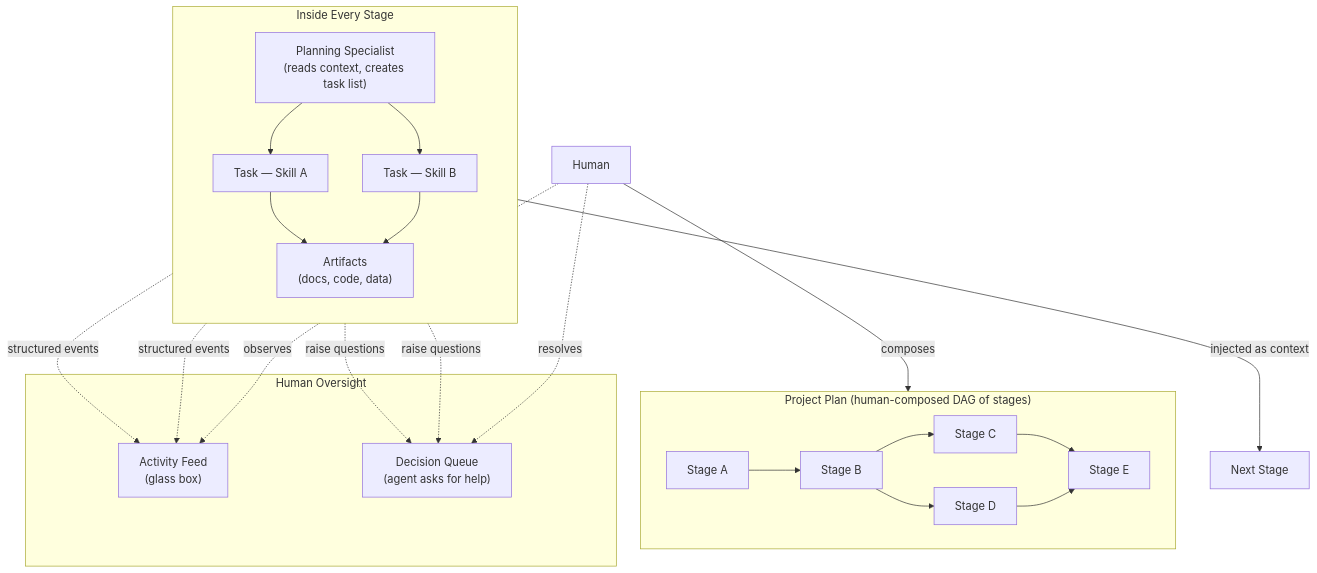
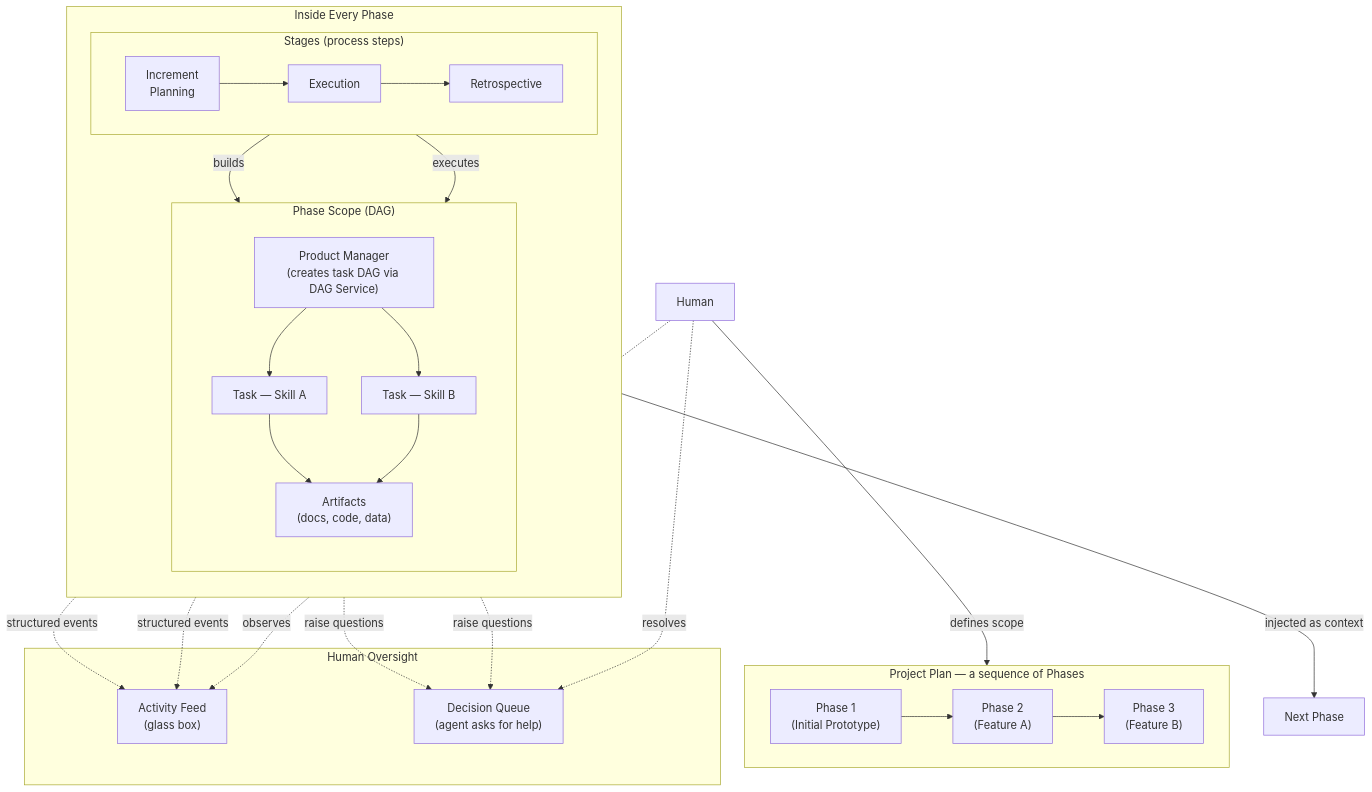
Before and after one commit to grant-traynor/bp6: the diagram in doc-POE/Concept.md, drawn with Mermaid. The commit also changed other lines of this file and 3 other files, not shown here.

````diff
--- a/doc-POE/Concept.md
+++ b/doc-POE/Concept.md
@@ -11,32 +11,39 @@
 ```mermaid
 graph TB
-    Human["Human"] -->|"composes"| Plan
+    Human["Human"] -->|"defines scope"| Plan
 
-    subgraph Plan["Project Plan (human-composed DAG of stages)"]
+    subgraph Plan["Project Plan — a sequence of Phases"]
         direction LR
-        SA["Stage A"] --> SB["Stage B"]
-        SB --> SC["Stage C"]
-        SB --> SD["Stage D"]
-        SC & SD --> SE["Stage E"]
+        PA["Phase 1\n(Initial Prototype)"] --> PB["Phase 2\n(Feature A)"]
+        PB --> PC["Phase 3\n(Feature B)"]
     end
 
-    subgraph Stage["Inside Every Stage"]
+    subgraph Phase["Inside Every Phase"]
         direction TB
-        Planner["Planning Specialist\n(reads context, creates task list)"]
-        Planner --> T1["Task — Skill A"]
-        Planner --> T2["Task — Skill B"]
-        T1 & T2 --> Art["Artifacts\n(docs, code, data)"]
+        subgraph Stages["Stages (process steps)"]
+            direction LR
+            S1["Increment\nPlanning"] --> S2["Execution"] --> S3["Retrospective"]
+        end
+        subgraph WBS["Phase Scope (DAG)"]
+            direction TB
+            Planner["Product Manager\n(creates task DAG via DAG Service)"]
+            Planner --> T1["Task — Skill A"]
+            Planner --> T2["Task — Skill B"]
+            T1 & T2 --> Art["Artifacts\n(docs, code, data)"]
+        end
+        S1 -->|"builds"| WBS
+        S2 -->|"executes"| WBS
     end
 
-    Art -->|"injected as context"| NextStage["Next Stage"]
+    Art -->|"injected as context"| NextPhase["Next Phase"]
 
     subgraph Oversight["Human Oversight"]
         Feed["Activity Feed\n(glass box)"]
         Queue["Decision Queue\n(agent asks for help)"]
     end
 
     T1 & T2 -.->|"structured events"| Feed
     T1 & T2 -.->|"raise questions"| Queue
     Human -.->|"observes"| Feed
     Human -.->|"resolves"| Queue
 ```
````
